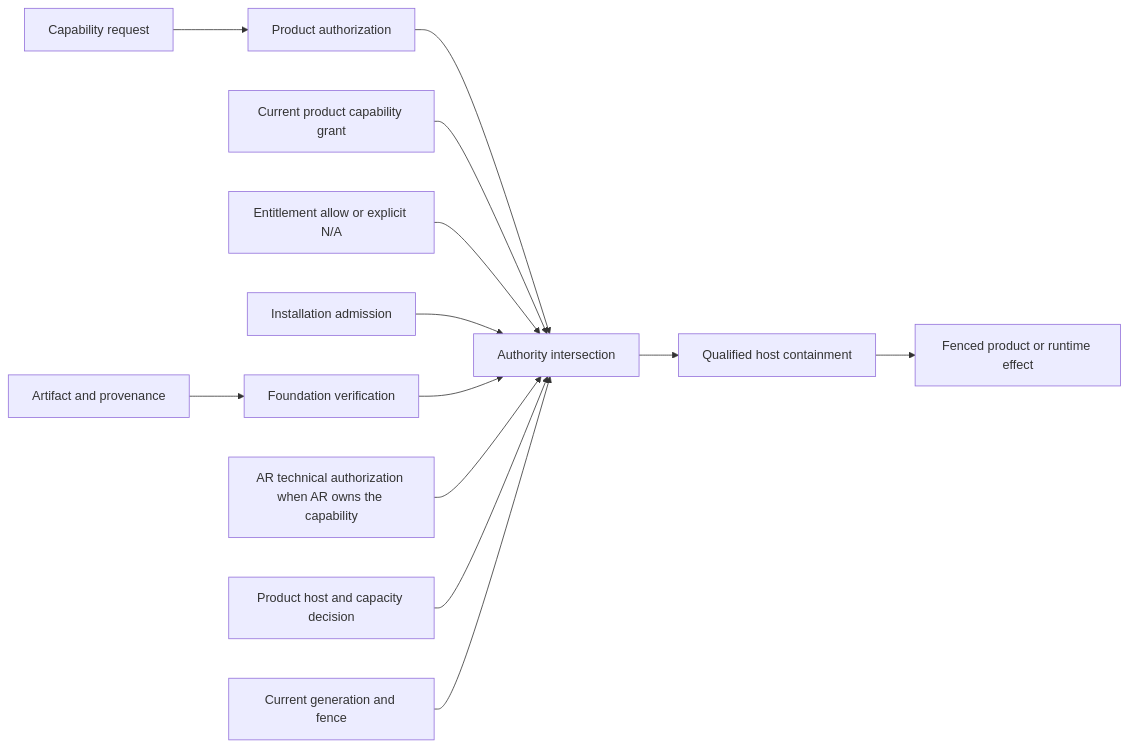
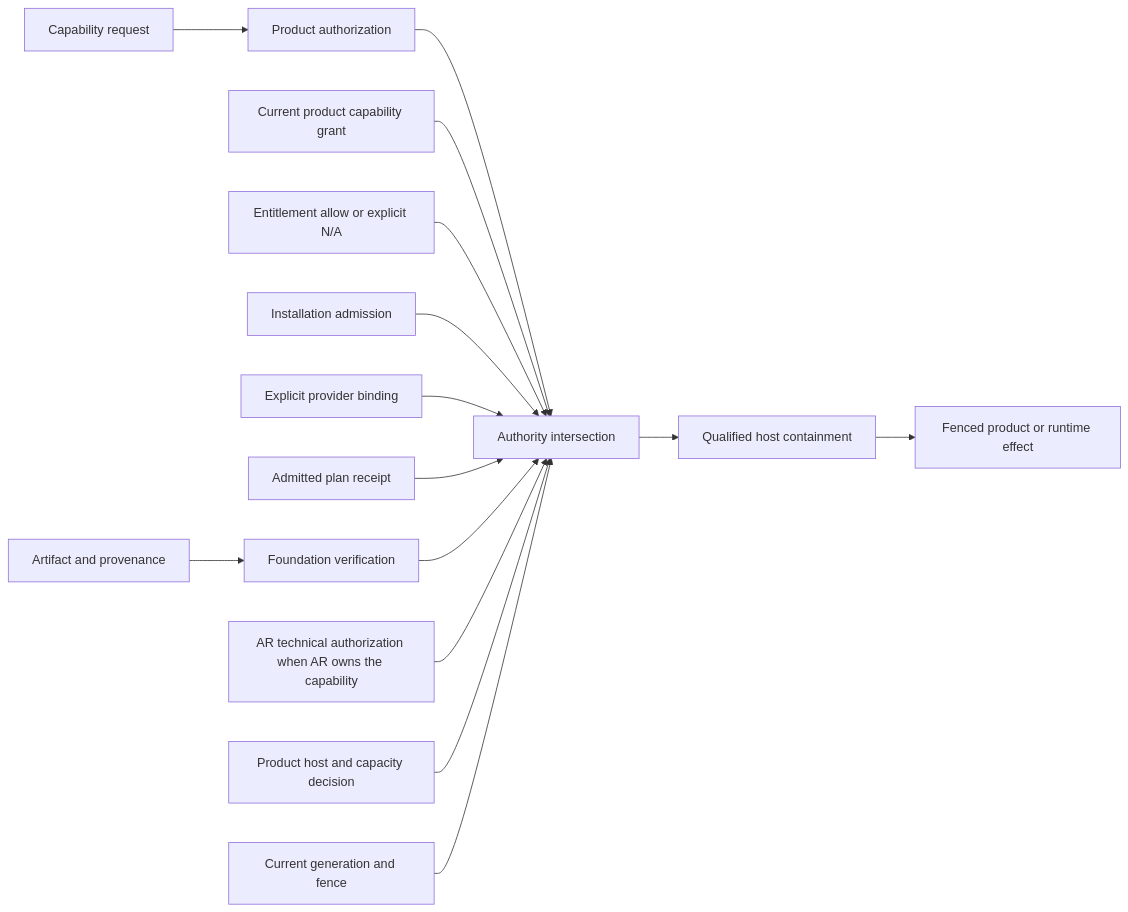
Before and after one commit to agent-teams-ai/extension-foundation: the diagram in docs/qualification/universal-module-extension-system/trust-and-security.md, drawn with Mermaid. The commit also changed other lines of this file and 25 other files, not shown here.

Commit message:
fix(qualification): close module architecture review gaps

````diff
--- a/docs/qualification/universal-module-extension-system/trust-and-security.md
+++ b/docs/qualification/universal-module-extension-system/trust-and-security.md
@@ -28,15 +28,17 @@
 ```mermaid
 flowchart LR
     Request["Capability request"] --> Product["Product authorization"]
     Artifact["Artifact and provenance"] --> Verify["Foundation verification"]
     Product --> Intersect["Authority intersection"]
     Grant["Current product capability grant"] --> Intersect
     Entitlement["Entitlement allow or explicit N/A"] --> Intersect
     Installation["Installation admission"] --> Intersect
+    Binding["Explicit provider binding"] --> Intersect
+    Plan["Admitted plan receipt"] --> Intersect
     Verify --> Intersect
     AR["AR technical authorization when AR owns the capability"] --> Intersect
     Admission["Product host and capacity decision"] --> Intersect
     Fence["Current generation and fence"] --> Intersect
     Intersect --> Host["Qualified host containment"]
     Host --> Effect["Fenced product or runtime effect"]
 ```
````
